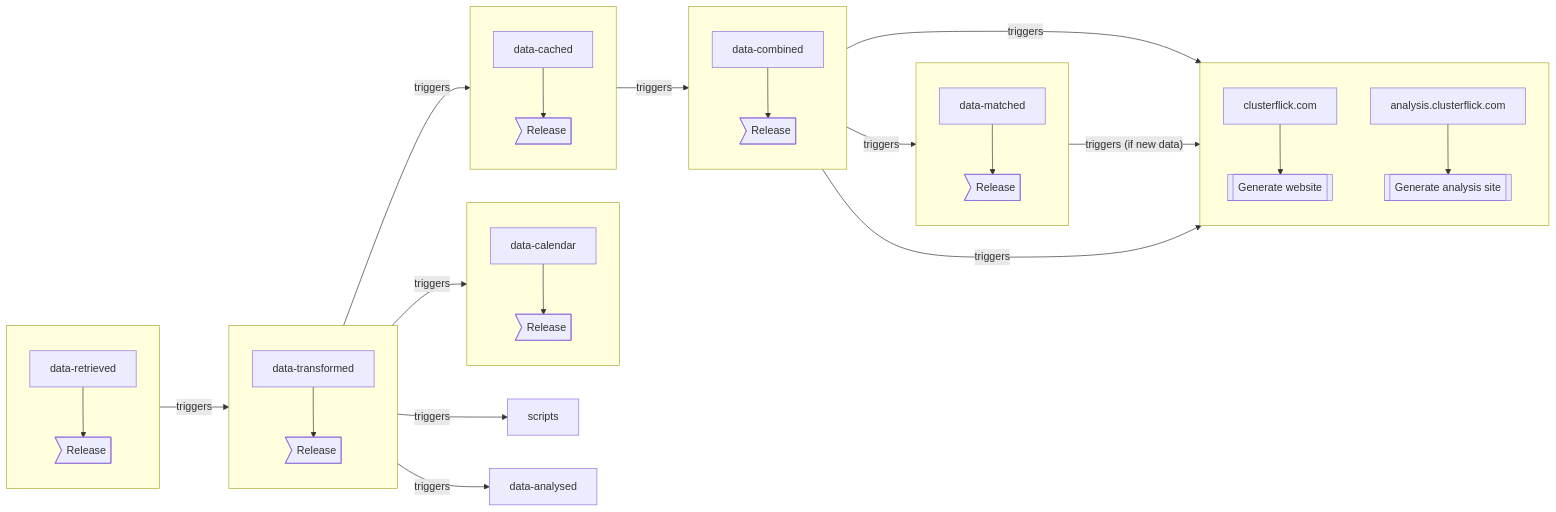
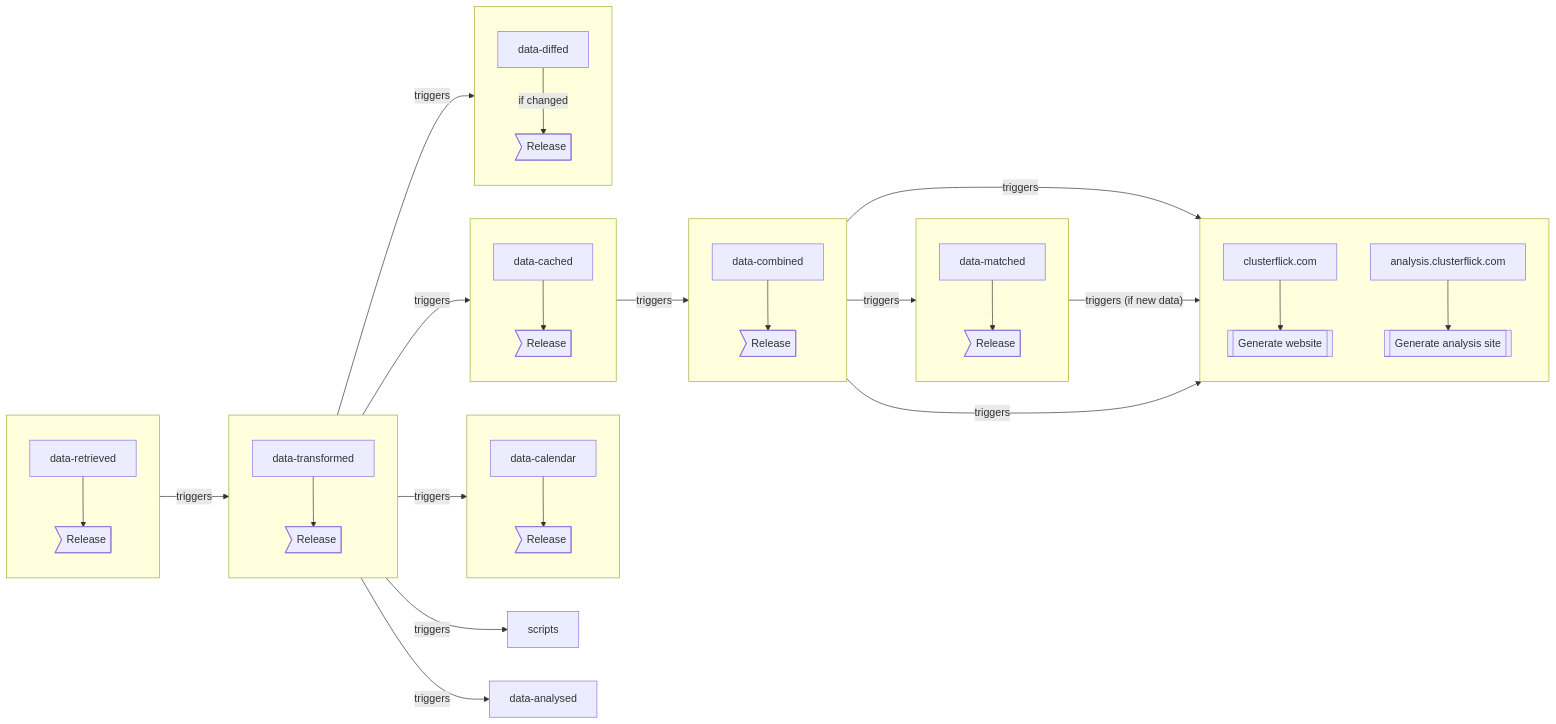
The diagram in profile/README.md (clusterflick/.github), drawn with Mermaid before and after one commit. The commit also changed other lines of this file and 1 other file, not shown here.

Commit message:
Update pipeline details for diff workflow

````diff
--- a/profile/README.md
+++ b/profile/README.md
@@ -24,59 +26,66 @@
 ```mermaid
 flowchart LR
     retrieved["data-retrieved"]
     transformed["data-transformed"]
     calendar["data-calendar"]
     cached["data-cached"]
+    diffed["data-diffed"]
     combined["data-combined"]
     matched["data-matched"]
     scripts["scripts"]
     analysed["data-analysed"]
 
     subgraph retrival[" "]
         direction TB
         retrieved --> retrival-release>Release]
     end
 
     subgraph transformation[" "]
         direction TB
         transformed --> transformation-release>Release]
     end
 
     subgraph calendars[" "]
         direction TB
         calendar --> calendar-release>Release]
     end
 
     subgraph caching[" "]
         direction TB
         cached --> cached-release>Release]
     end
 
+    subgraph diffing[" "]
+        direction TB
+        diffed --"if changed"--> diffed-release>Release]
+    end
+
     subgraph combination[" "]
         direction TB
         combined --> combined-release>Release]
     end
 
     subgraph matching[" "]
         direction TB
         matched --> matched-release>Release]
     end
 
     subgraph website[" "]
         direction TB
         clusterflick.com --> id1[[Generate website]]
         analysis["analysis.clusterflick.com"] --> id2[[Generate analysis site]]
     end
 
     retrival --triggers--> transformation
     transformation --triggers--> calendars
     transformation --triggers--> caching
+    transformation --triggers--> diffing
     transformation --triggers--> scripts
     transformation --triggers--> analysed
     caching --triggers--> combination
     combination --triggers--> matching
     combination --triggers--> website
     matching --"triggers (if new data)"--> website
     combination --triggers--> analysis
 
 ```
````
